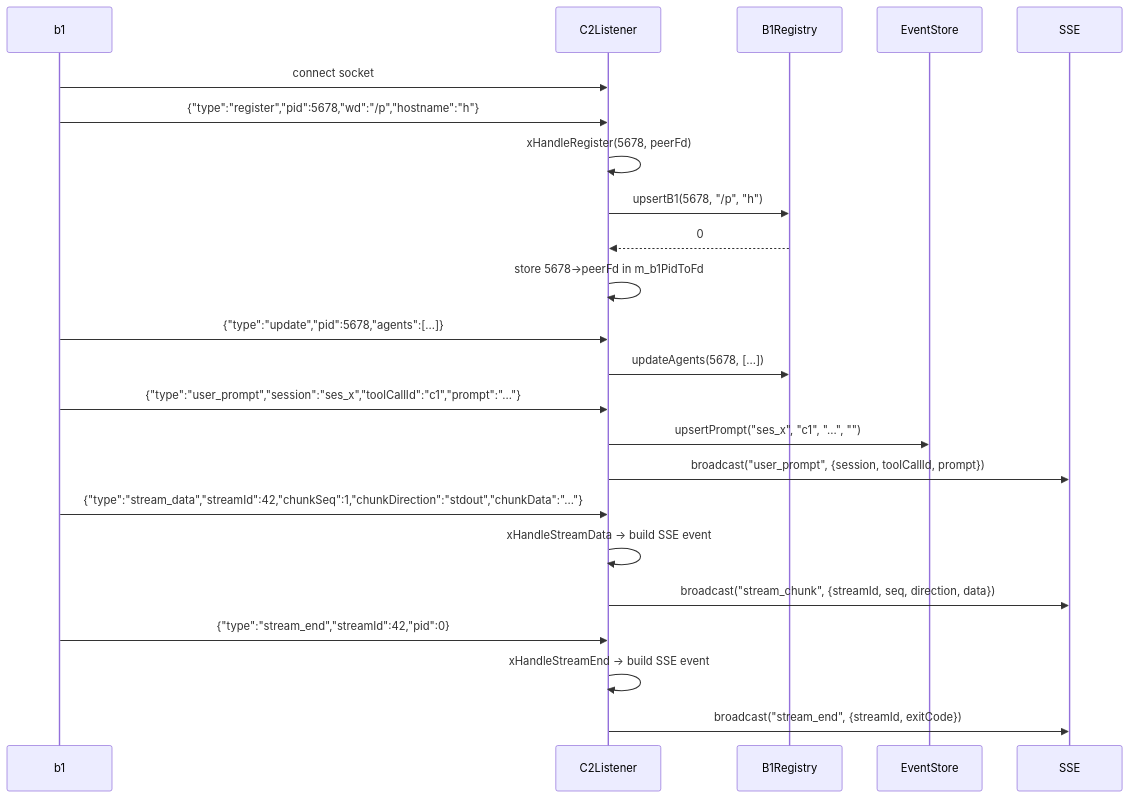
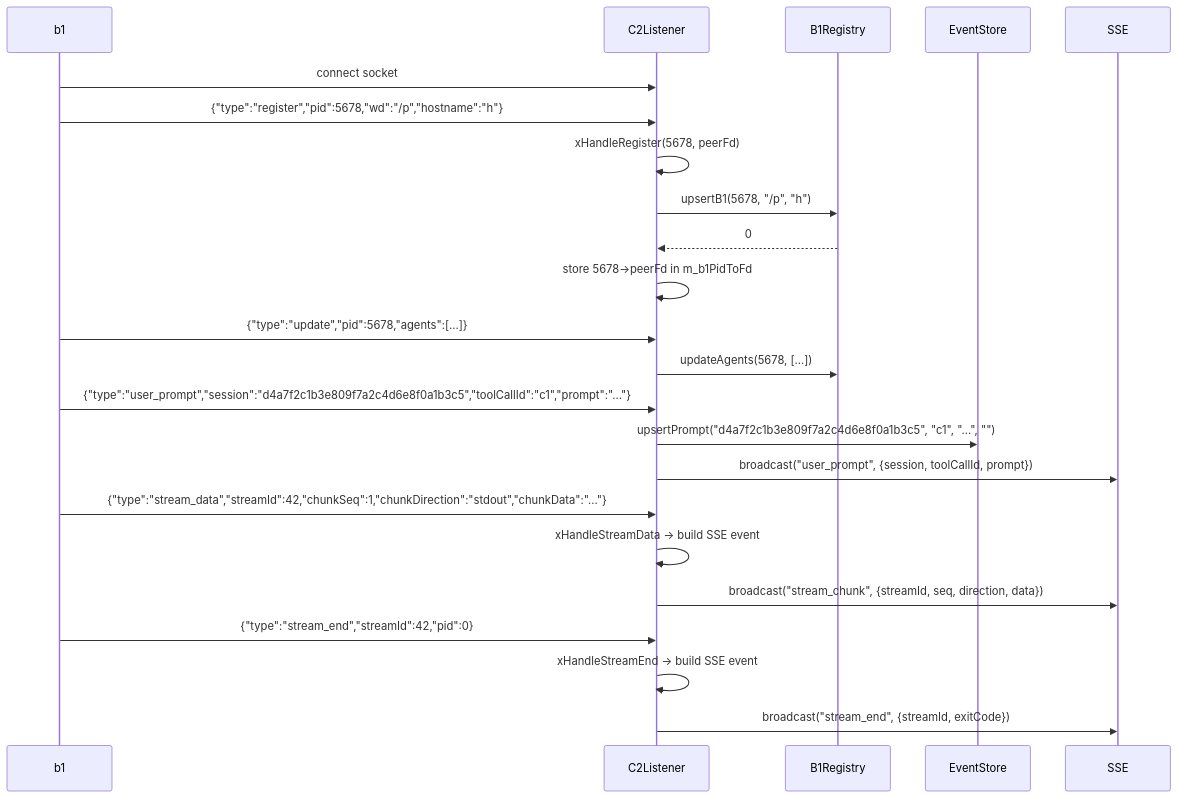
The second of 2 diagrams in src/c2/c2_listener.spec.md (opensassi/a0), drawn with Mermaid before and after one commit. The commit also changed 16 other files, not shown here.

````diff
--- a/src/c2/c2_listener.spec.md
+++ b/src/c2/c2_listener.spec.md
@@ -91,30 +91,30 @@
 ```mermaid
 sequenceDiagram
     participant B1 as b1
     participant L as C2Listener
     participant R as B1Registry
     participant EV as EventStore
 
     B1->>L: connect socket
 
     B1->>L: {"type":"register","pid":5678,"wd":"/p","hostname":"h"}
     L->>L: xHandleRegister(5678, peerFd)
     L->>R: upsertB1(5678, "/p", "h")
     R-->>L: 0
     L->>L: store 5678→peerFd in m_b1PidToFd
 
     B1->>L: {"type":"update","pid":5678,"agents":[...]}
     L->>R: updateAgents(5678, [...])
 
-    B1->>L: {"type":"user_prompt","session":"ses_x","toolCallId":"c1","prompt":"..."}
-    L->>EV: upsertPrompt("ses_x", "c1", "...", "")
+    B1->>L: {"type":"user_prompt","session":"d4a7f2c1b3e809f7a2c4d6e8f0a1b3c5","toolCallId":"c1","prompt":"..."}
+    L->>EV: upsertPrompt("d4a7f2c1b3e809f7a2c4d6e8f0a1b3c5", "c1", "...", "")
     L->>SSE: broadcast("user_prompt", {session, toolCallId, prompt})
 
     B1->>L: {"type":"stream_data","streamId":42,"chunkSeq":1,"chunkDirection":"stdout","chunkData":"..."}
     L->>L: xHandleStreamData → build SSE event
     L->>SSE: broadcast("stream_chunk", {streamId, seq, direction, data})
 
     B1->>L: {"type":"stream_end","streamId":42,"pid":0}
     L->>L: xHandleStreamEnd → build SSE event
     L->>SSE: broadcast("stream_end", {streamId, exitCode})
 ```
````
